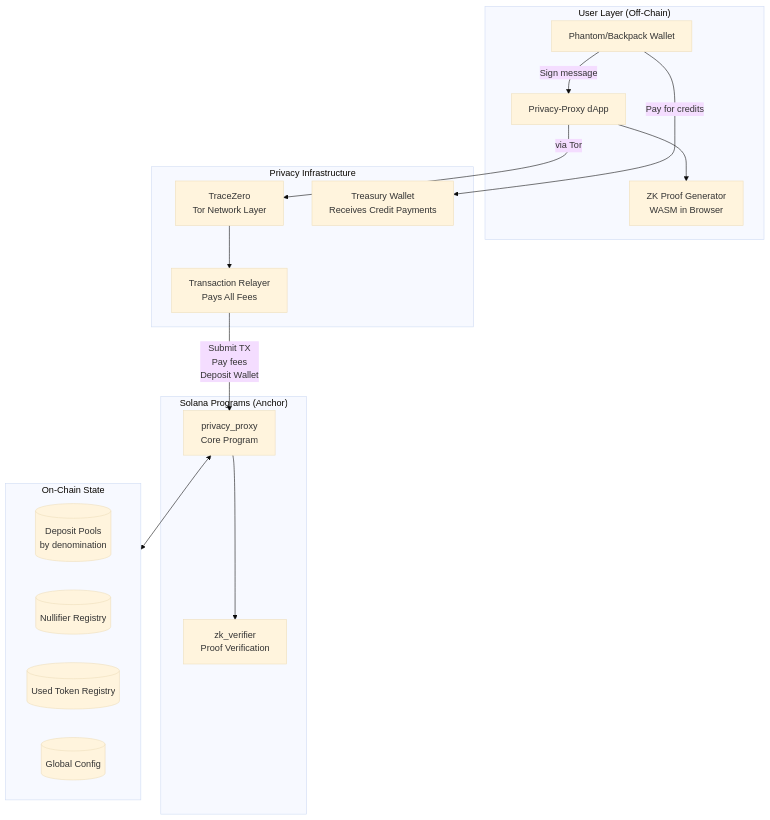
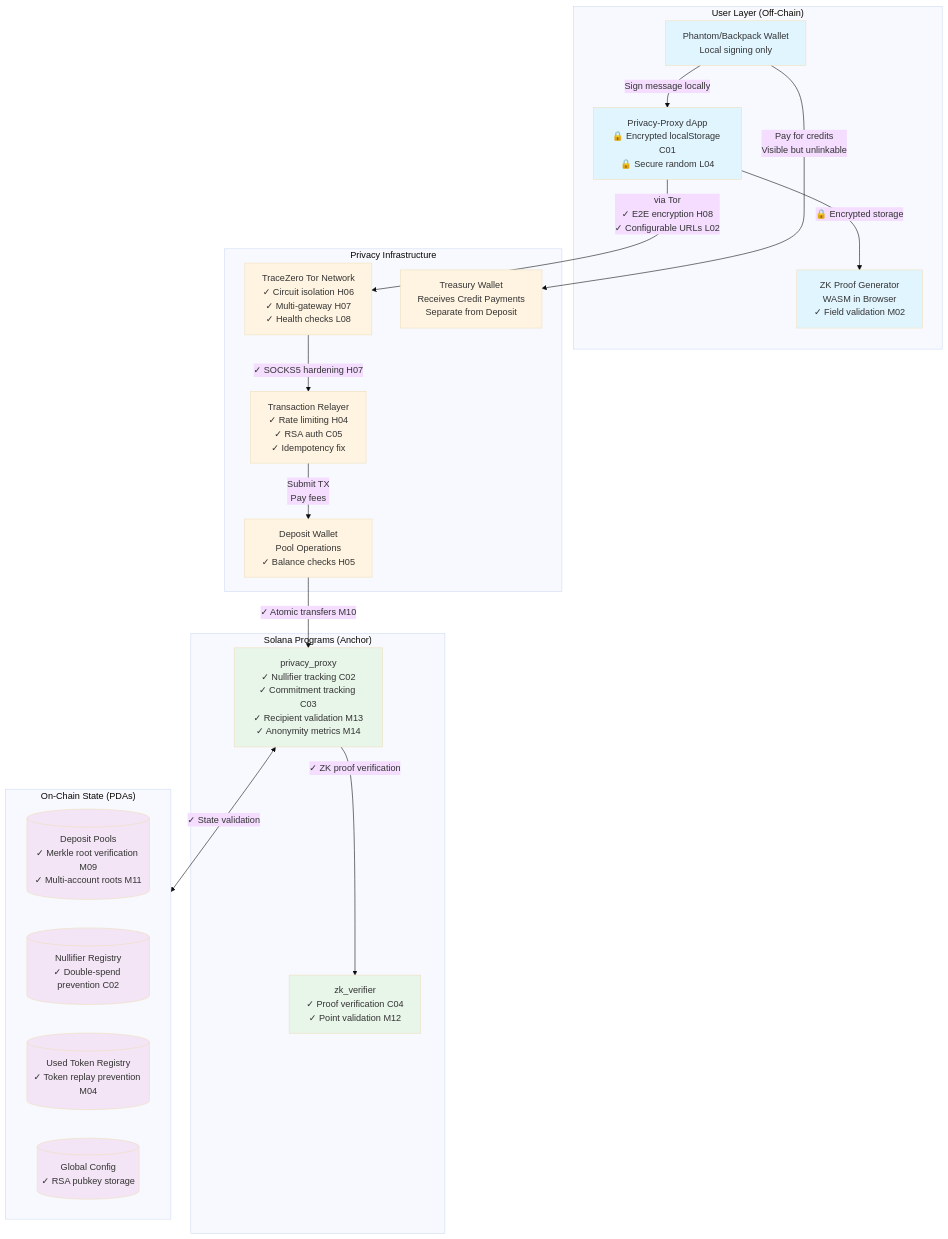
Before and after one commit to MdSadiqMd/TraceZero: the third of 12 diagrams in docs/architecture.md, drawn with Mermaid (base theme). The commit also changed other lines of this file and 2 other files, not shown here.

````diff
--- a/docs/architecture.md
+++ b/docs/architecture.md
@@ -141,35 +144,51 @@
 ```mermaid
 flowchart TB
     subgraph UserLayer["User Layer (Off-Chain)"]
-        WALLET[Phantom/Backpack Wallet]
-        DAPP[Privacy-Proxy dApp]
-        ZKGEN[ZK Proof Generator<br/>WASM in Browser]
+        WALLET[Phantom/Backpack Wallet<br/>Local signing only]
+        DAPP[Privacy-Proxy dApp<br/>🔒 Encrypted localStorage C01<br/>🔒 Secure random L04]
+        ZKGEN[ZK Proof Generator<br/>WASM in Browser<br/>✓ Field validation M02]
     end
     
     subgraph PrivacyLayer["Privacy Infrastructure"]
-        TZ[TraceZero<br/>Tor Network Layer]
-        RELAYER[Transaction Relayer<br/>Pays All Fees]
-        TREASURY[Treasury Wallet<br/>Receives Credit Payments]
+        TZ[TraceZero Tor Network<br/>✓ Circuit isolation H06<br/>✓ Multi-gateway H07<br/>✓ Health checks L08]
+        RELAYER[Transaction Relayer<br/>✓ Rate limiting H04<br/>✓ RSA auth C05<br/>✓ Idempotency fix]
+        TREASURY[Treasury Wallet<br/>Receives Credit Payments<br/>Separate from Deposit]
+        DEPOSITWALLET[Deposit Wallet<br/>Pool Operations<br/>✓ Balance checks H05]
     end
     
     subgraph SolanaPrograms["Solana Programs (Anchor)"]
-        CORE[privacy_proxy<br/>Core Program]
-        ZKVERIFY[zk_verifier<br/>Proof Verification]
+        CORE[privacy_proxy<br/>✓ Nullifier tracking C02<br/>✓ Commitment tracking C03<br/>✓ Recipient validation M13<br/>✓ Anonymity metrics M14]
+        ZKVERIFY[zk_verifier<br/>✓ Proof verification C04<br/>✓ Point validation M12]
     end
     
-    subgraph OnChainState["On-Chain State"]
-        POOLS[(Deposit Pools<br/>by denomination)]
-        NULLIFIERS[(Nullifier Registry)]
-        TOKENS[(Used Token Registry)]
-        CONFIG[(Global Config)]
+    subgraph OnChainState["On-Chain State (PDAs)"]
+        POOLS[(Deposit Pools<br/>✓ Merkle root verification M09<br/>✓ Multi-account roots M11)]
+        NULLIFIERS[(Nullifier Registry<br/>✓ Double-spend prevention C02)]
+        TOKENS[(Used Token Registry<br/>✓ Token replay prevention M04)]
+        CONFIG[(Global Config<br/>✓ RSA pubkey storage)]
     end
     
-    WALLET -->|Pay for credits| TREASURY
-    WALLET -->|Sign message| DAPP
-    DAPP --> ZKGEN
-    DAPP -->|via Tor| TZ
-    TZ --> RELAYER
-    RELAYER -->|Submit TX<br/>Pay fees<br/>Deposit Wallet| CORE
-    CORE --> ZKVERIFY
-    CORE <--> OnChainState
+    WALLET -->|Pay for credits<br/>Visible but unlinkable| TREASURY
+    WALLET -->|Sign message locally| DAPP
+    DAPP -->|🔒 Encrypted storage| ZKGEN
+    DAPP -->|via Tor<br/>✓ E2E encryption H08<br/>✓ Configurable URLs L02| TZ
+    TZ -->|✓ SOCKS5 hardening H07| RELAYER
+    RELAYER -->|Submit TX<br/>Pay fees| DEPOSITWALLET
+    DEPOSITWALLET -->|✓ Atomic transfers M10| CORE
+    CORE -->|✓ ZK proof verification| ZKVERIFY
+    CORE <-->|✓ State validation| OnChainState
+    
+    style WALLET fill:#e1f5ff
+    style DAPP fill:#e1f5ff
+    style ZKGEN fill:#e1f5ff
+    style TZ fill:#fff4e1
+    style RELAYER fill:#fff4e1
+    style TREASURY fill:#fff4e1
+    style DEPOSITWALLET fill:#fff4e1
+    style CORE fill:#e8f5e9
+    style ZKVERIFY fill:#e8f5e9
+    style POOLS fill:#f3e5f5
+    style NULLIFIERS fill:#f3e5f5
+    style TOKENS fill:#f3e5f5
+    style CONFIG fill:#f3e5f5
 ```
````
